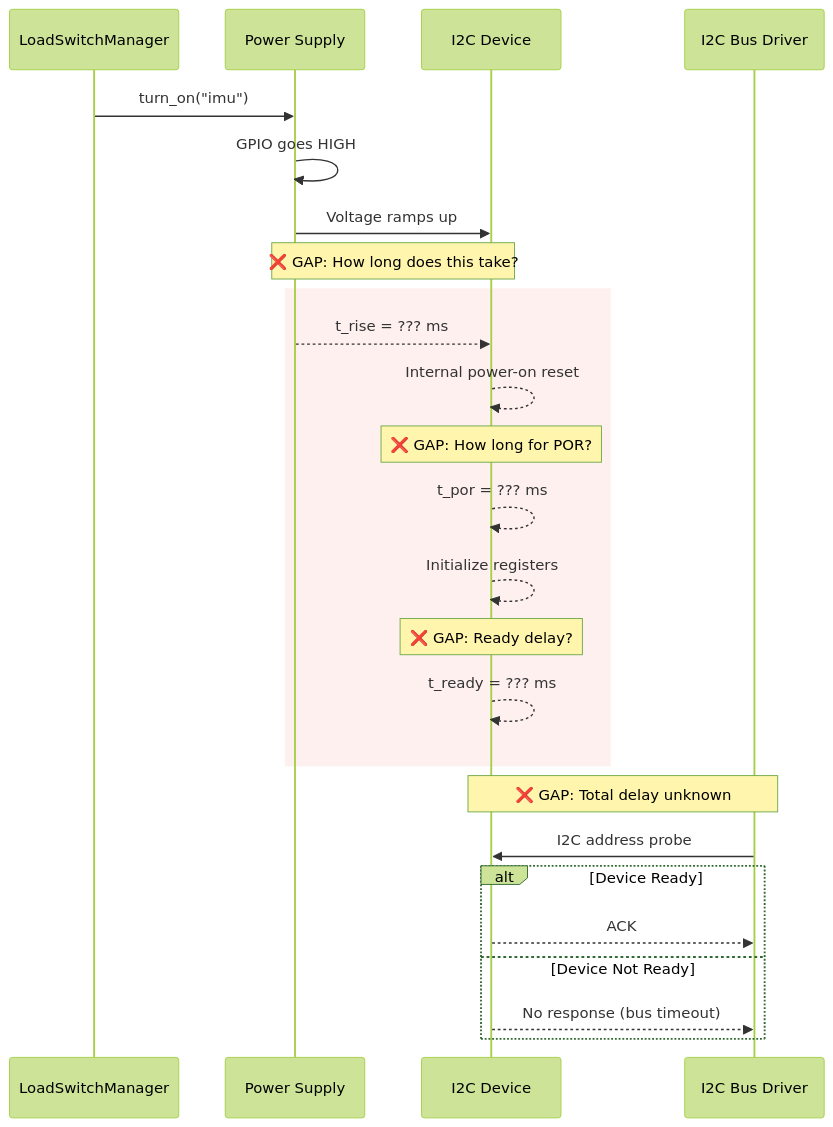
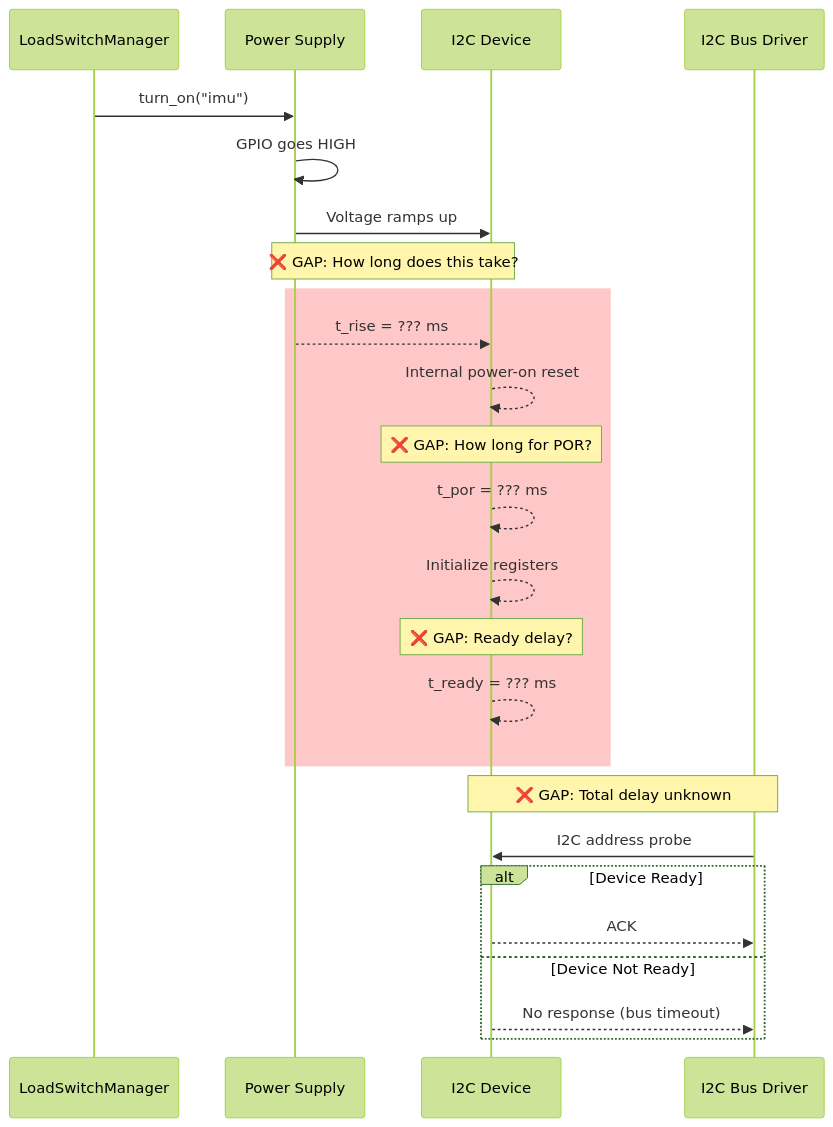
The first of 9 diagrams in docs/diagrams/knowledge-gaps.md (Lizo-RoadTown/PROVES_LIBRARY), drawn with Mermaid (forest theme) before and after one commit. The commit also changed 3 other files, not shown here.

First line of the commit message:
Fix temporal ordering diagram color visibility

````diff
--- a/docs/diagrams/knowledge-gaps.md
+++ b/docs/diagrams/knowledge-gaps.md
@@ -36,30 +36,30 @@
 ```mermaid
 sequenceDiagram
     participant LSM as LoadSwitchManager
     participant Power as Power Supply
     participant Device as I2C Device
     participant Driver as I2C Bus Driver
 
     LSM->>Power: turn_on("imu")
     Power->>Power: GPIO goes HIGH
     Power->>Device: Voltage ramps up
 
     Note over Power,Device: ❌ GAP: How long does this take?
-    rect rgb(255, 240, 240)
+    rect rgb(255, 200, 200)
         Power-->>Device: t_rise = ??? ms
         Device-->>Device: Internal power-on reset
         Note over Device: ❌ GAP: How long for POR?
         Device-->>Device: t_por = ??? ms
         Device-->>Device: Initialize registers
         Note over Device: ❌ GAP: Ready delay?
         Device-->>Device: t_ready = ??? ms
     end
 
     Note over Device,Driver: ❌ GAP: Total delay unknown
     Driver->>Device: I2C address probe
     alt Device Ready
         Device-->>Driver: ACK
     else Device Not Ready
         Device-->>Driver: No response (bus timeout)
     end
 ```
````
